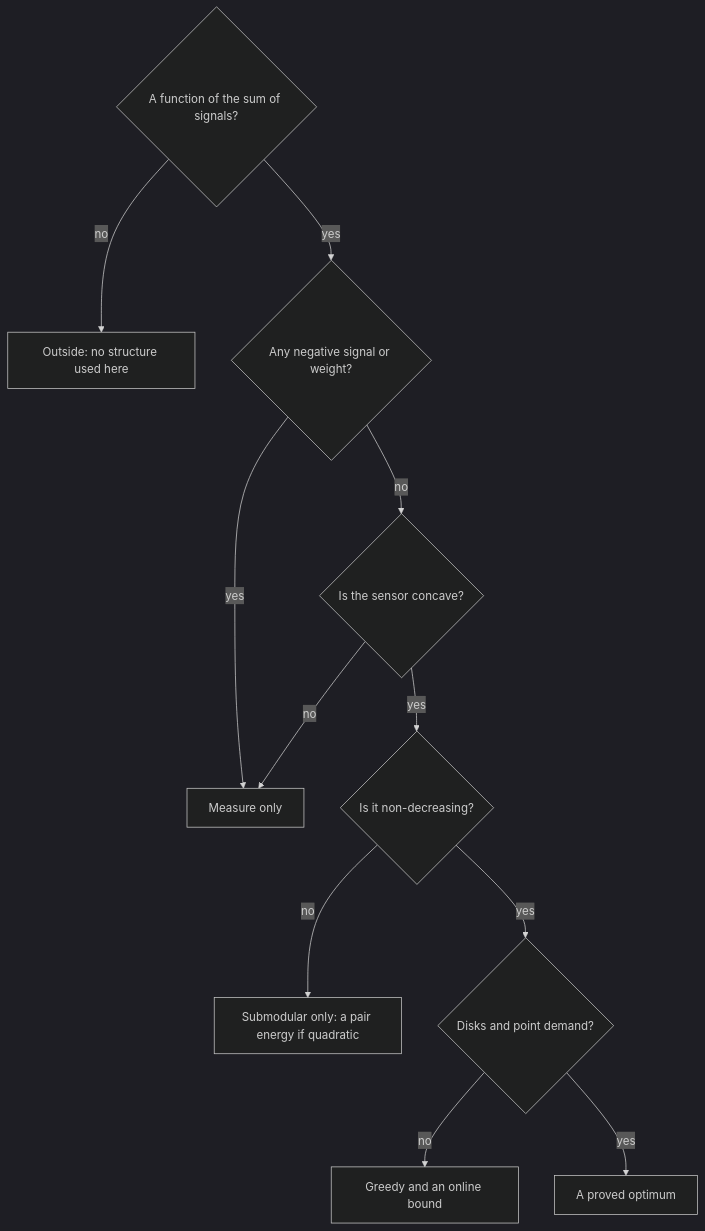
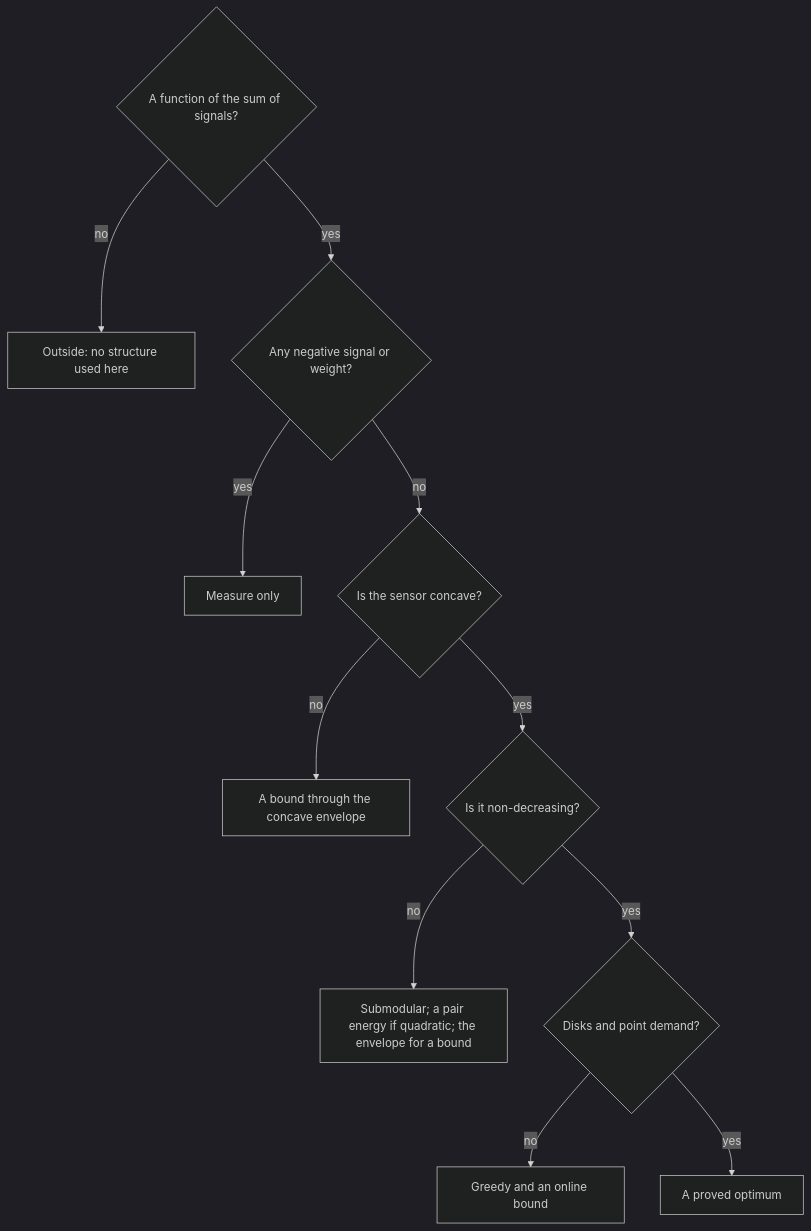
One commit to Ophiase/Emitter-Optimizer changed the diagram in ideas/model/assumptions/README.md. Above: the diagram before and after it, drawn with Mermaid (dark theme). The commit also changed other lines of this file and 7 other files, not shown here.

First line of the commit message:
feat: name fading emitters, and give any sensor a bound through its envelope

````diff
--- a/ideas/model/assumptions/README.md
+++ b/ideas/model/assumptions/README.md
@@ -67,23 +67,24 @@
 ```mermaid
 graph TD
     sum{A function of the sum of signals?}
+    other[Outside: no structure used here]
     negative{Any negative signal or weight?}
+    weak[Measure only]
     concave{Is the sensor concave?}
+    envelope[A bound through the concave envelope]
     rising{Is it non-decreasing?}
+    dome[Submodular; a pair energy if quadratic; the envelope for a bound]
     disk{Disks and point demand?}
-    other[Outside: no structure used here]
-    weak[Measure only]
-    dome[Submodular only: a pair energy if quadratic]
     good[Greedy and an online bound]
     exact[A proved optimum]
     sum -->|no| other
     sum -->|yes| negative
     negative -->|yes| weak
     negative -->|no| concave
-    concave -->|no| weak
+    concave -->|no| envelope
     concave -->|yes| rising
     rising -->|no| dome
     rising -->|yes| disk
     disk -->|no| good
     disk -->|yes| exact
 ```
````
